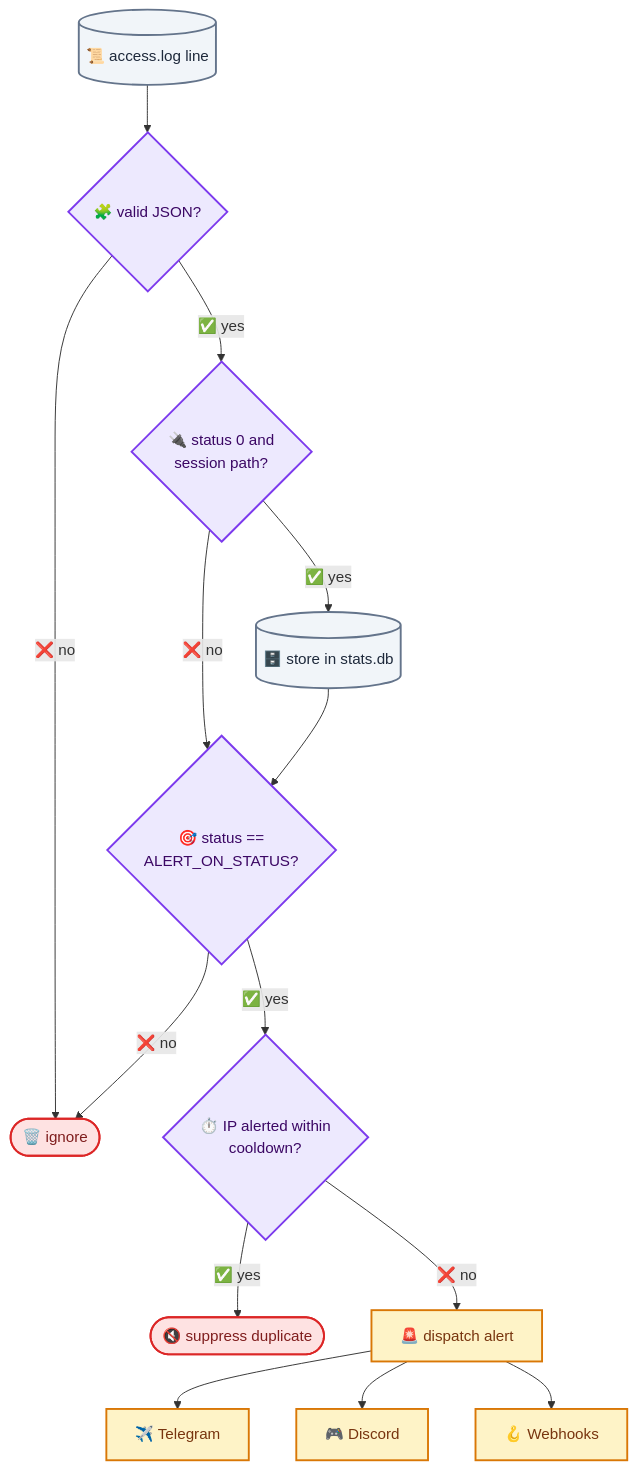
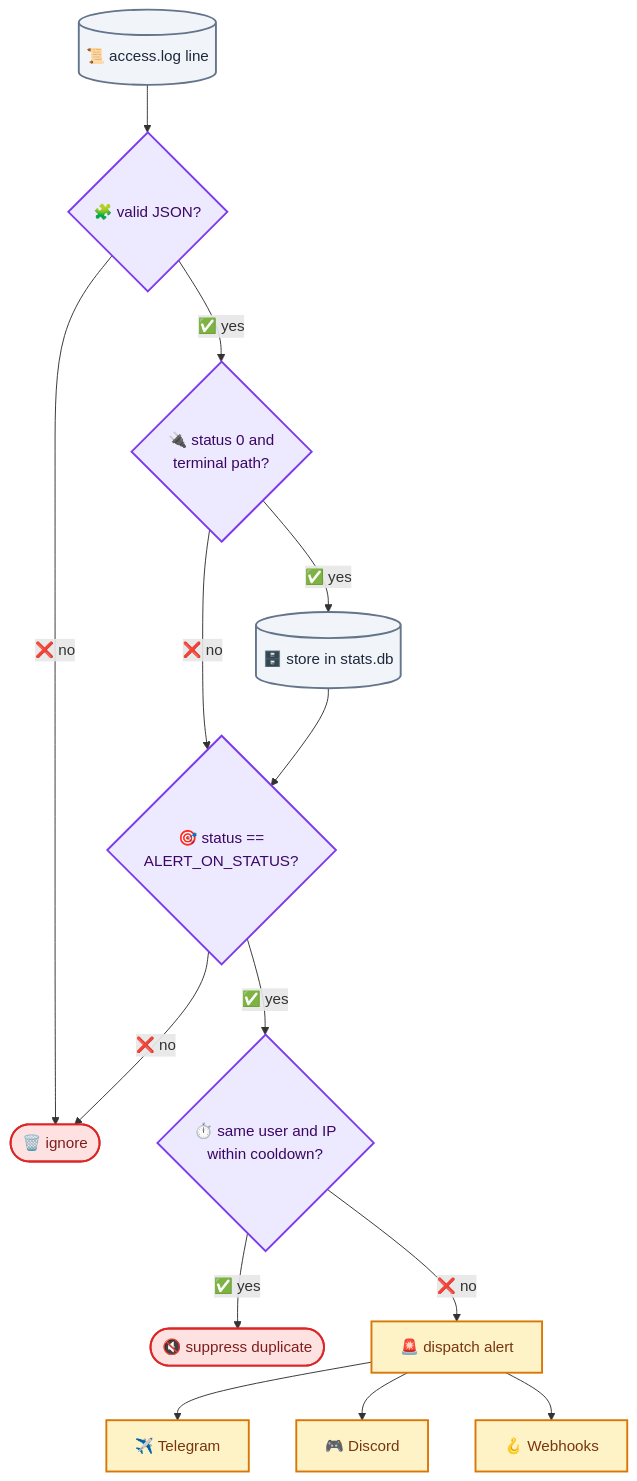
One commit to thereisnotime/secure-zellij changed the diagram in docs/alerting.md. Above: the diagram before and after it, drawn with Mermaid. The commit also changed other lines of this file and 3 other files, not shown here.

````diff
--- a/docs/alerting.md
+++ b/docs/alerting.md
@@ -12,24 +37,24 @@
 ```mermaid
 flowchart TD
     log[("📜 access.log line")] --> parse{"🧩 valid JSON?"}
     parse -- "❌ no" --> skip(["🗑️ ignore"])
-    parse -- "✅ yes" --> ws{"🔌 status 0 and<br/>session path?"}
+    parse -- "✅ yes" --> ws{"🔌 status 0 and<br/>terminal path?"}
     ws -- "✅ yes" --> store[("🗄️ store in stats.db")]
     ws -- "❌ no" --> match
     store --> match{"🎯 status ==<br/>ALERT_ON_STATUS?"}
     match -- "❌ no" --> skip
-    match -- "✅ yes" --> cool{"⏱️ IP alerted within<br/>cooldown?"}
+    match -- "✅ yes" --> cool{"⏱️ same user and IP<br/>within cooldown?"}
     cool -- "✅ yes" --> quiet(["🔇 suppress duplicate"])
     cool -- "❌ no" --> send["🚨 dispatch alert"]
     send --> tg["✈️ Telegram"] & dc["🎮 Discord"] & wh["🪝 Webhooks"]
 
     classDef store fill:#f1f5f9,stroke:#64748b,stroke-width:2px,color:#1e293b
     classDef decision fill:#ede9fe,stroke:#7c3aed,stroke-width:2px,color:#3b0764
     classDef drop fill:#fee2e2,stroke:#dc2626,stroke-width:2px,color:#7f1d1d
     classDef alert fill:#fef3c7,stroke:#d97706,stroke-width:2px,color:#78350f
 
     class log,store store
     class parse,ws,match,cool decision
     class skip,quiet drop
     class send,tg,dc,wh alert
 ```
````
